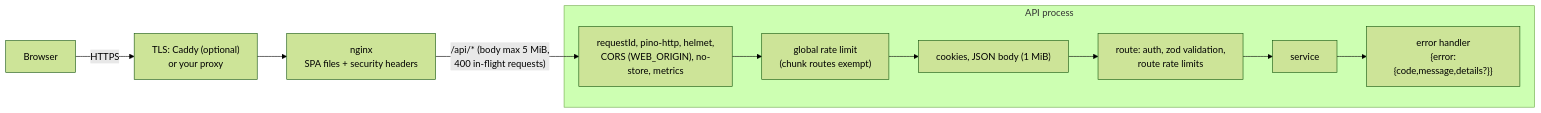
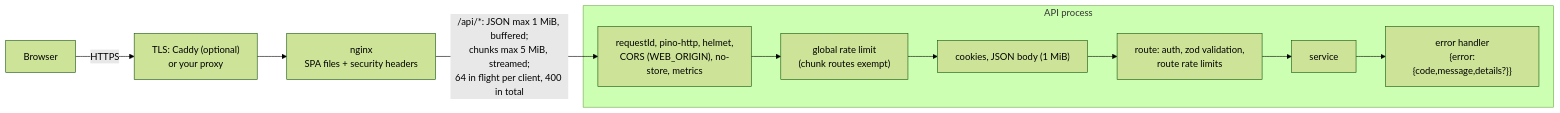
One commit to exotic-Siddharth/cipherdrop changed the second of 7 diagrams in docs/ARCHITECTURE.md. Above: the diagram before and after it, drawn with Mermaid (forest theme). The commit also changed other lines of this file and 7 other files, not shown here.

````diff
--- a/docs/ARCHITECTURE.md
+++ b/docs/ARCHITECTURE.md
@@ -41,13 +41,13 @@
 ```mermaid
 flowchart LR
   B[Browser] -->|HTTPS| T["TLS: Caddy (optional)<br/>or your proxy"]
   T --> W["nginx<br/>SPA files + security headers"]
-  W -->|"/api/* (body max 5 MiB,<br/>400 in-flight requests)"| M
+  W -->|"/api/*: JSON max 1 MiB, buffered;<br/>chunks max 5 MiB, streamed;<br/>64 in flight per client, 400 in total"| M
   subgraph API process
     M["requestId, pino-http, helmet,<br/>CORS (WEB_ORIGIN), no-store, metrics"] --> G["global rate limit<br/>(chunk routes exempt)"]
     G --> J["cookies, JSON body (1 MiB)"]
     J --> RT["route: auth, zod validation,<br/>route rate limits"]
     RT --> SV[service]
     SV --> E["error handler<br/>{error:{code,message,details?}}"]
   end
 ```
````
